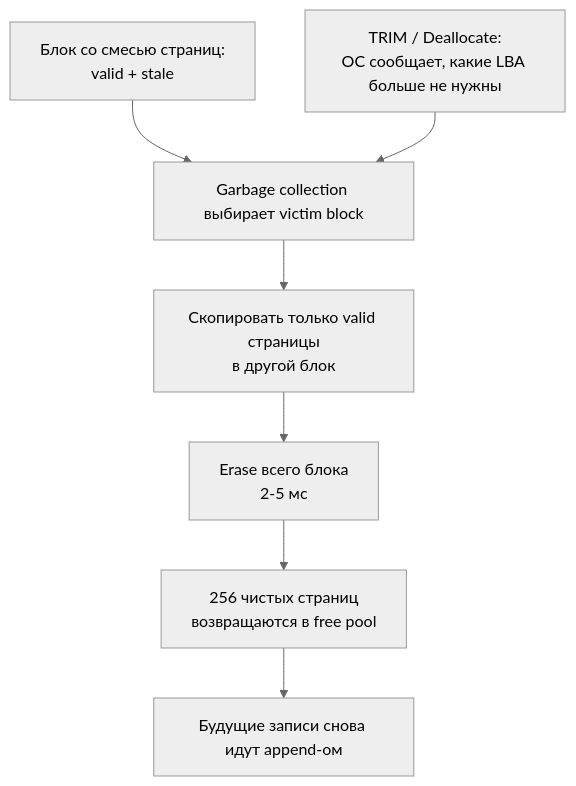
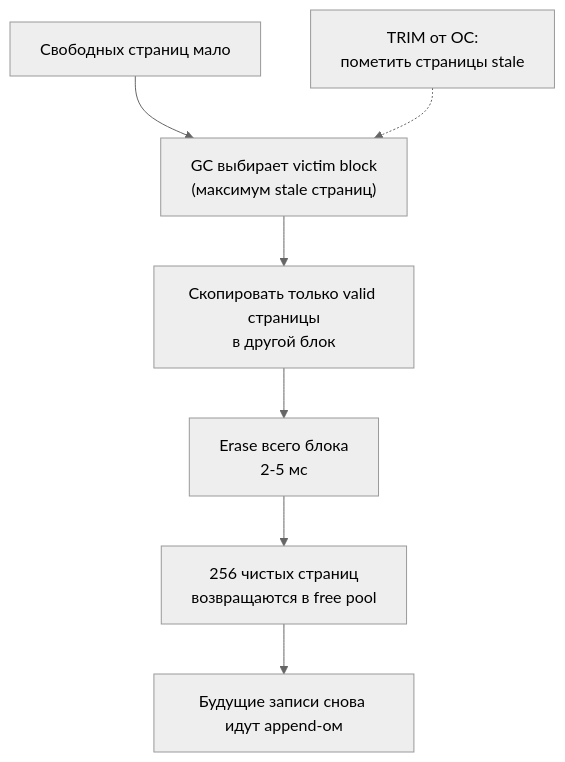
The second of 2 diagrams in computer/data-path/03-storage.md (AlexeyMatskevich/cs-notes), drawn with Mermaid (neutral theme) before and after one commit. The commit also changed other lines of this file and 4 other files, not shown here.

First line of the commit message:
docs(computer): fix ASCII alignment, add mermaid diagrams, correct FTL/GC flow

````diff
--- a/computer/data-path/03-storage.md
+++ b/computer/data-path/03-storage.md
@@ -191,9 +189,9 @@
 ```mermaid
 flowchart TB
-    USED["Блок со смесью страниц:<br/>valid + stale"] --> GC["Garbage collection выбирает victim block"]
-    TRIM["TRIM / Deallocate:<br/>ОС сообщает, какие LBA больше не нужны"] --> GC
+    LOW["Свободных страниц мало"] --> GC["GC выбирает victim block<br/>(максимум stale страниц)"]
     GC --> COPY["Скопировать только valid страницы<br/>в другой блок"]
     COPY --> ERASE["Erase всего блока<br/>2-5 мс"]
     ERASE --> FREE["256 чистых страниц<br/>возвращаются в free pool"]
     FREE --> FUTURE["Будущие записи снова идут append-ом"]
+    TRIM["TRIM от ОС:<br/>пометить страницы stale"] -.-> GC
 ```
````
